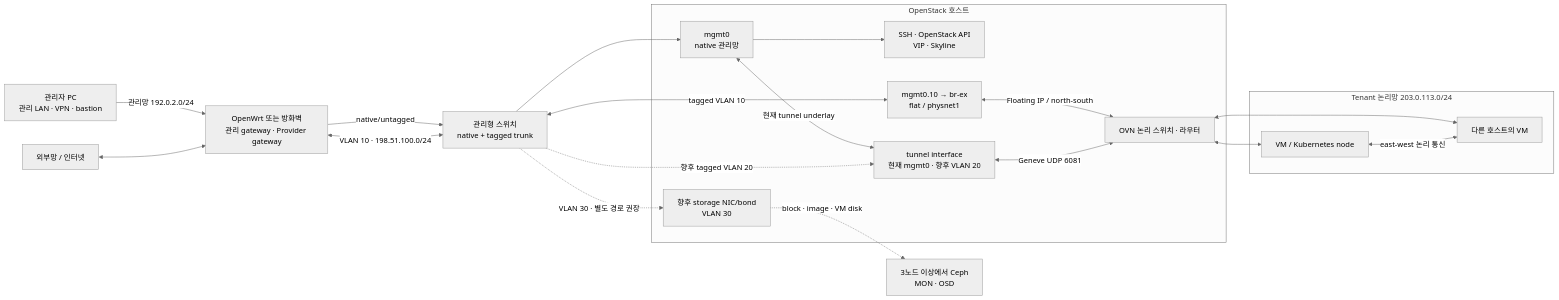
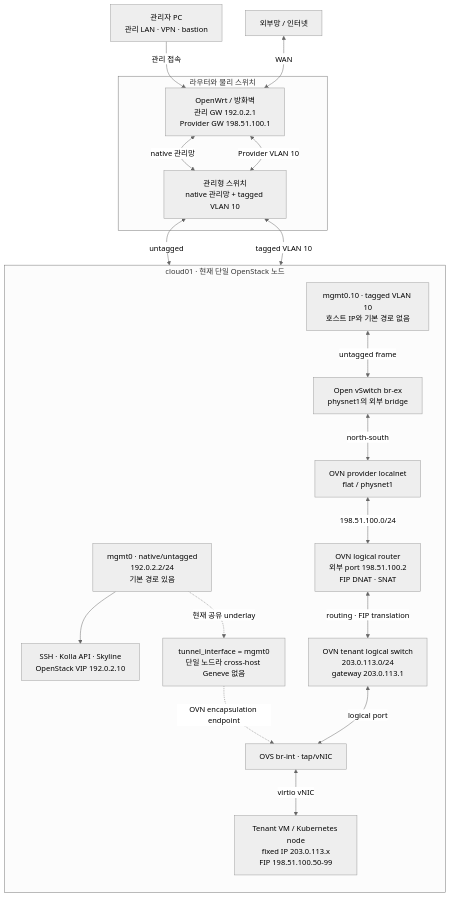
The first of 5 diagrams in docs/network-segmentation.md (overture-1928/Infra), drawn with Mermaid (neutral theme) before and after one commit. The commit also changed other lines of this file and 5 other files, not shown here.

Commit message:
Detail OpenStack architecture diagrams

````diff
--- a/docs/network-segmentation.md
+++ b/docs/network-segmentation.md
@@ -26,43 +31,42 @@
 ```mermaid
-flowchart LR
+flowchart TB
     admin["관리자 PC<br/>관리 LAN · VPN · bastion"]
     internet["외부망 / 인터넷"]
-    router["OpenWrt 또는 방화벽<br/>관리 gateway · Provider gateway"]
-    switch["관리형 스위치<br/>native + tagged trunk"]
 
-    subgraph host["OpenStack 호스트"]
-        mgmt["mgmt0<br/>native 관리망"]
-        api["SSH · OpenStack API<br/>VIP · Skyline"]
-        provider["mgmt0.10 → br-ex<br/>flat / physnet1"]
-        tunnel["tunnel interface<br/>현재 mgmt0 · 향후 VLAN 20"]
-        ovn["OVN 논리 스위치 · 라우터"]
-        storage["향후 storage NIC/bond<br/>VLAN 30"]
+    subgraph edge["라우터와 물리 스위치"]
+        router["OpenWrt / 방화벽<br/>관리 GW 192.0.2.1<br/>Provider GW 198.51.100.1"]
+        switch["관리형 스위치<br/>native 관리망 + tagged VLAN 10"]
     end
 
-    subgraph tenant["Tenant 논리망 203.0.113.0/24"]
-        vm1["VM / Kubernetes node"]
-        vm2["다른 호스트의 VM"]
+    subgraph cloud01["cloud01 · 현재 단일 OpenStack 노드"]
+        direction TB
+        mgmt["mgmt0 · native/untagged<br/>192.0.2.2/24<br/>기본 경로 있음"]
+        api["SSH · Kolla API · Skyline<br/>OpenStack VIP 192.0.2.10"]
+        extif["mgmt0.10 · tagged VLAN 10<br/>호스트 IP와 기본 경로 없음"]
+        brex["Open vSwitch br-ex<br/>physnet1의 외부 bridge"]
+        localnet["OVN provider localnet<br/>flat / physnet1"]
+        lrouter["OVN logical router<br/>외부 port 198.51.100.2<br/>FIP DNAT · SNAT"]
+        lswitch["OVN tenant logical switch<br/>203.0.113.0/24<br/>gateway 203.0.113.1"]
+        brint["OVS br-int · tap/vNIC"]
+        vm["Tenant VM / Kubernetes node<br/>fixed IP 203.0.113.x<br/>FIP 198.51.100.50-99"]
+        tunnel["tunnel_interface = mgmt0<br/>단일 노드라 cross-host Geneve 없음"]
     end
 
-    ceph["3노드 이상에서 Ceph<br/>MON · OSD"]
+    admin -->|"관리 접속"| router
+    internet <-->|"WAN"| router
+    router <-->|"native 관리망"| switch
+    switch <-->|"untagged"| mgmt
+    mgmt --> api
 
-    admin -->|"관리망 192.0.2.0/24"| router
-    router -->|"native/untagged"| switch
-    switch --> mgmt
-    mgmt --> api
-    mgmt <-->|"현재 tunnel underlay"| tunnel
+    router <-->|"Provider VLAN 10"| switch
+    switch <-->|"tagged VLAN 10"| extif
+    extif <-->|"untagged frame"| brex
+    brex <-->|"north-south"| localnet
+    localnet <-->|"198.51.100.0/24"| lrouter
+    lrouter <-->|"routing · FIP translation"| lswitch
+    lswitch <-->|"logical port"| brint
+    brint <-->|"virtio vNIC"| vm
 
-    internet <--> router
-    router <-->|"VLAN 10 · 198.51.100.0/24"| switch
-    switch <-->|"tagged VLAN 10"| provider
-    provider <-->|"Floating IP / north-south"| ovn
-
-    switch -.->|"향후 tagged VLAN 20"| tunnel
-    tunnel <-->|"Geneve UDP 6081"| ovn
-    ovn <--> vm1
-    ovn <--> vm2
-    vm1 <-->|"east-west 논리 통신"| vm2
-
-    switch -.->|"VLAN 30 · 별도 경로 권장"| storage
-    storage -.->|"block · image · VM disk"| ceph
+    mgmt -.->|"현재 공유 underlay"| tunnel
+    tunnel -.->|"OVN encapsulation endpoint"| brint
 ```
````
